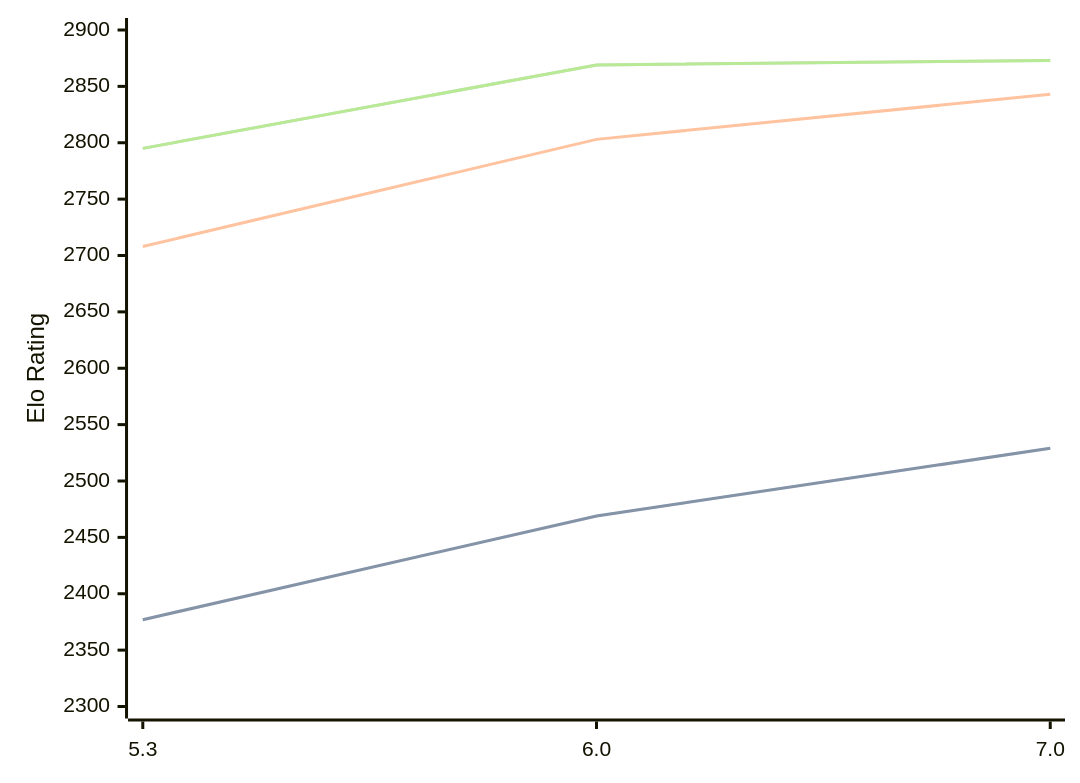
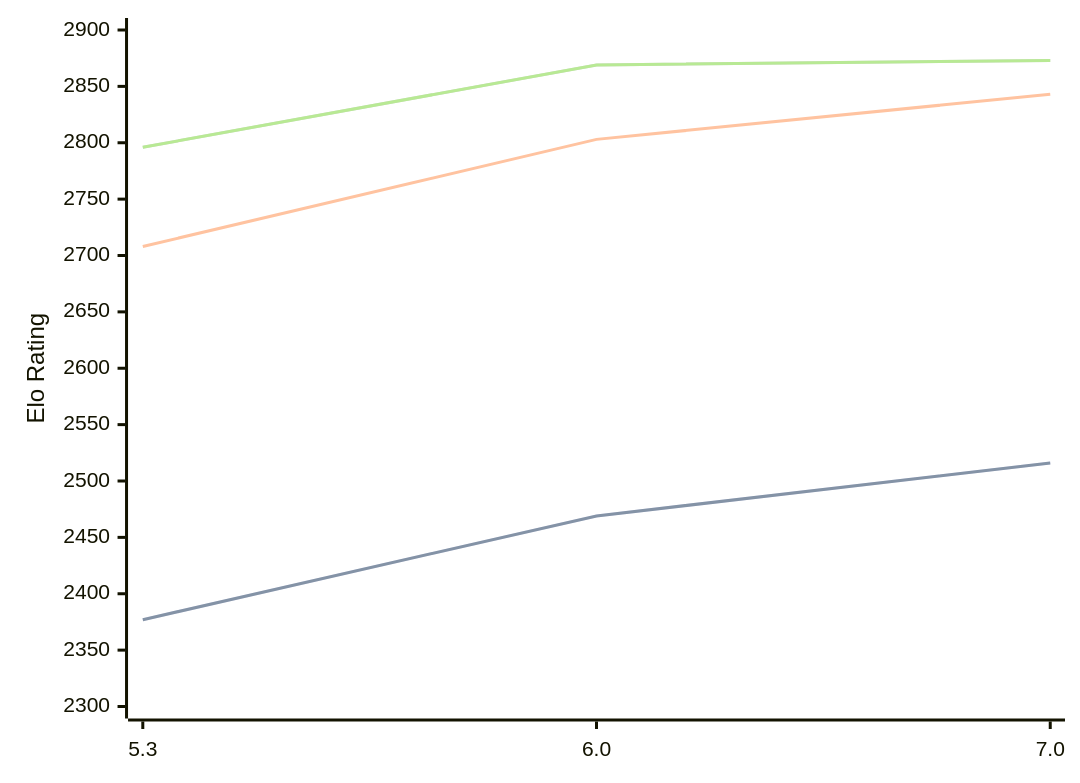
Before and after one commit to computer-chess-index/cci: the diagram in engines/tomitankChess.md, drawn with Mermaid. The commit also changed other lines of this file, not shown here.

Commit message:
Update CCI Ratings (ELO VLTC) - 2026-07-22

````diff
--- a/engines/tomitankChess.md
+++ b/engines/tomitankChess.md
@@ -41,11 +41,11 @@
 ```mermaid
 %%{init: {"theme":"base","themeVariables":{"seriesColors:['#a3a3a3','#222221','#faa371']}}}%%
 xychart-beta
   x-axis ["5.3", "6.0", "7.0"]
   y-axis "Elo Rating" 2300 --> 2900
-  line "STC (8.0+0.08s)" [2377, 2469, 2529]
-  line "STC (8.0+0.08s)" [2377, 2469, 2529]
+  line "STC (8.0+0.08s)" [2377, 2469, 2516]
+  line "STC (8.0+0.08s)" [2377, 2469, 2516]
   line "LTC (60.0+0.60s)" [2708, 2803, 2843]
-  line "VLTC (2m24s+1.12s)" [2795, 2869, 2873]
-  line "VLTC (2m24s+1.12s)" [2795, 2869, 2873]
+  line "VLTC (2m24s+1.12s)" [2796, 2869, 2873]
+  line "VLTC (2m24s+1.12s)" [2796, 2869, 2873]
 ```
````
